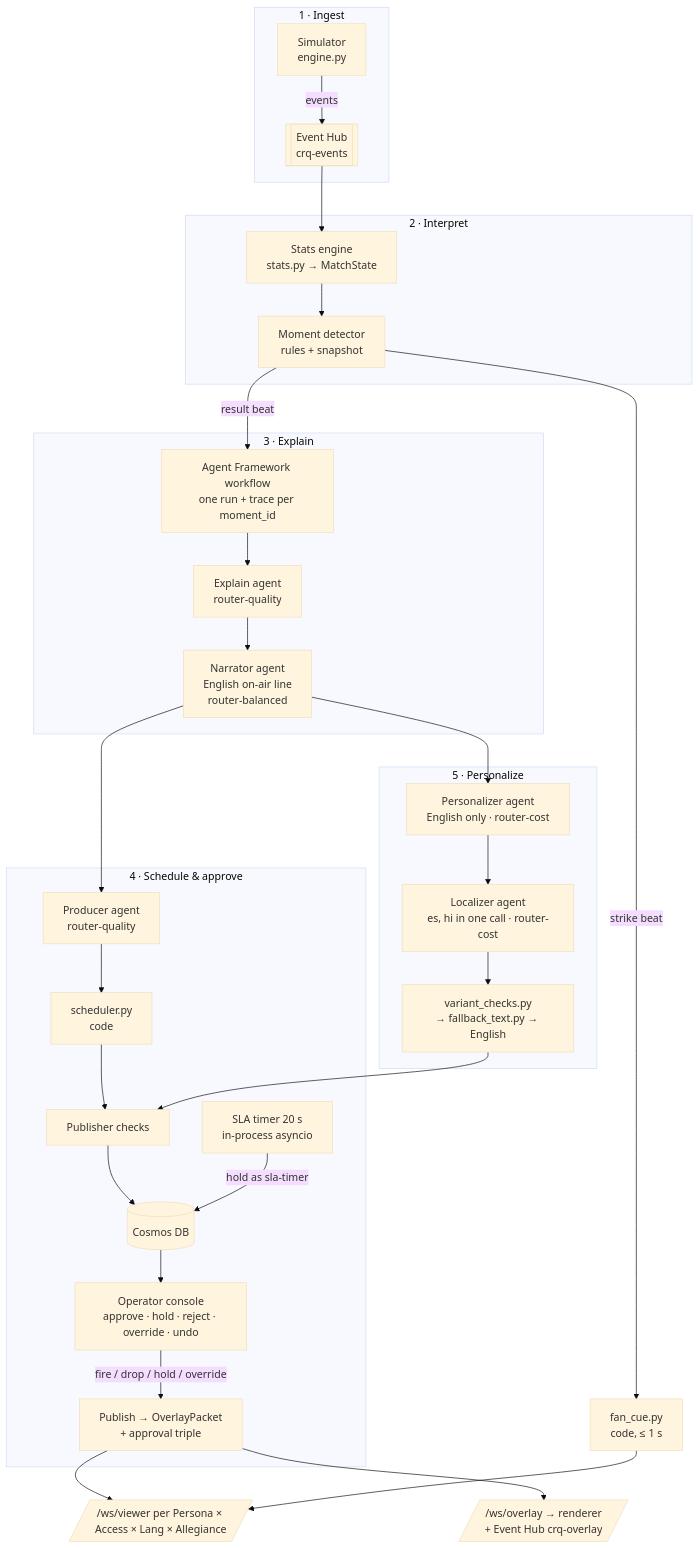
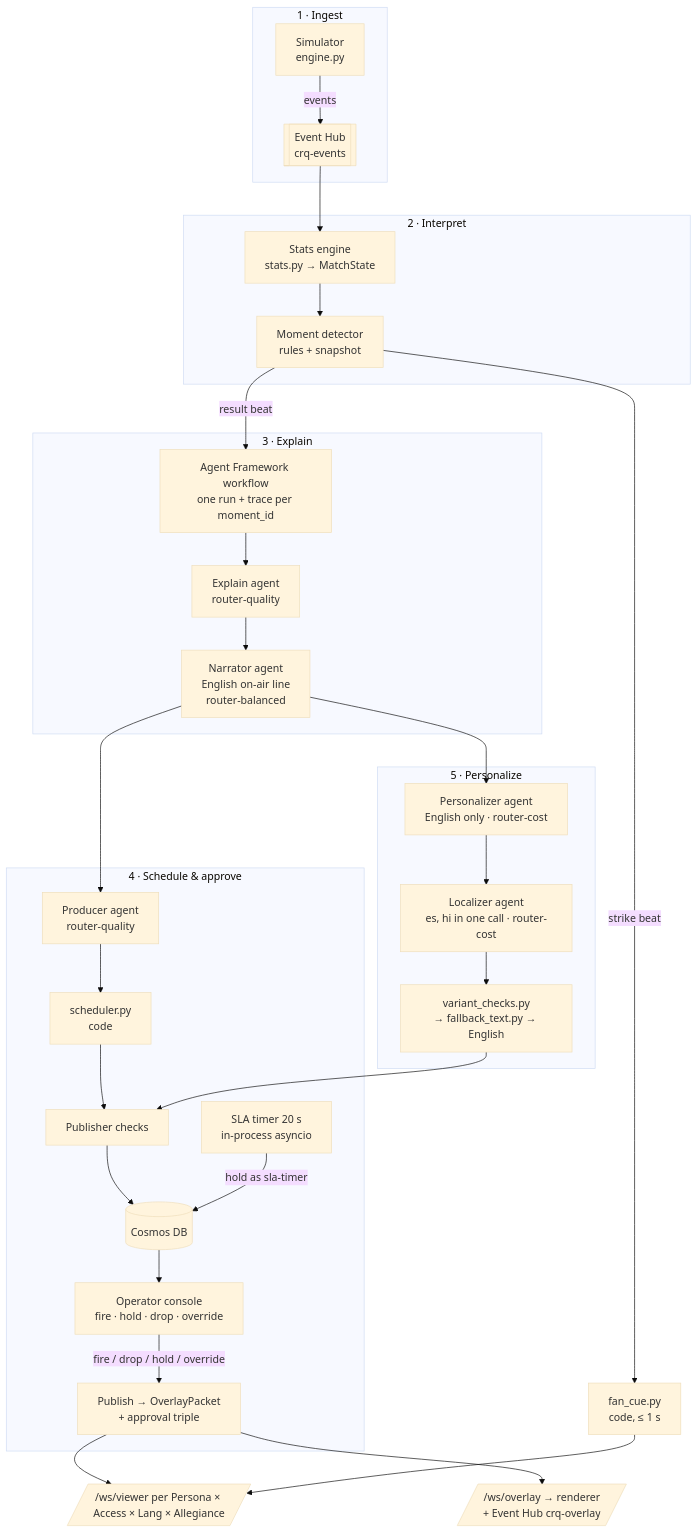
Before and after one commit to SwamiBB/control-room-iq: the second of 8 diagrams in docs/ARCHITECTURE.md, drawn with Mermaid (base theme). The commit also changed other lines of this file, not shown here.

First line of the commit message:
Apply 10 human-audit findings to ARCHITECTURE.md (Pass A)

````diff
--- a/docs/ARCHITECTURE.md
+++ b/docs/ARCHITECTURE.md
@@ -78,40 +78,40 @@
 ```mermaid
 flowchart TB
   subgraph S1[1 · Ingest]
     SIM[Simulator<br/>engine.py] -->|events| EH1[[Event Hub<br/>crq-events]]
   end
 
   subgraph S2[2 · Interpret]
     EH1 --> ST[Stats engine<br/>stats.py → MatchState]
     ST --> MD[Moment detector<br/>rules + snapshot]
   end
 
   MD -->|strike beat| FC[fan_cue.py<br/>code, ≤ 1 s]
   MD -->|result beat| WF
 
   subgraph S3[3 · Explain]
     WF[Agent Framework workflow<br/>one run + trace per moment_id] --> EX[Explain agent<br/>router-quality]
     EX --> NR[Narrator agent<br/>English on-air line<br/>router-balanced]
   end
 
   subgraph S4[4 · Schedule & approve]
     NR --> PR[Producer agent<br/>router-quality]
     PR --> SC[scheduler.py<br/>code]
     SC --> PB[Publisher checks]
     PB --> DB[(Cosmos DB)]
-    DB --> CON[Operator console<br/>approve · hold · reject · override · undo]
+    DB --> CON[Operator console<br/>fire · hold · drop · override]
     SLA[SLA timer 20 s<br/>in-process asyncio] -->|hold as sla-timer| DB
     CON -->|fire / drop / hold / override| PUB[Publish → OverlayPacket<br/>+ approval triple]
   end
 
   subgraph S5[5 · Personalize]
     NR --> PZ[Personalizer agent<br/>English only · router-cost]
     PZ --> LZ[Localizer agent<br/>es, hi in one call · router-cost]
     LZ --> VC[variant_checks.py<br/>→ fallback_text.py → English]
     VC --> PB
   end
 
   PUB --> WSO[/"/ws/overlay → renderer<br/>+ Event Hub crq-overlay"/]
   PUB --> WSV[/"/ws/viewer per Persona × Access × Lang × Allegiance"/]
   FC --> WSV
 ```
````
